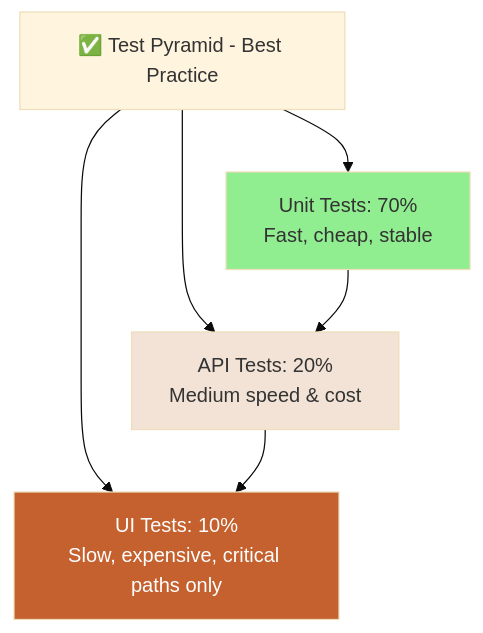
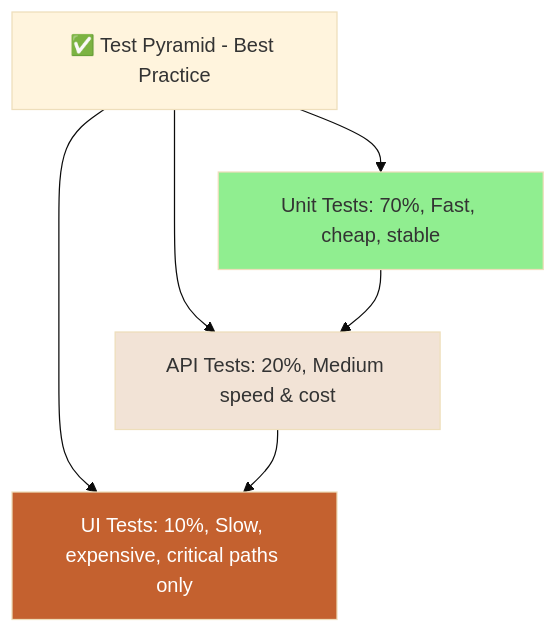
The eighth of 11 diagrams in 01-automation-testing-fundamentals.md (namnd0806/automation-testing-cource), drawn with Mermaid (base theme) before and after one commit. The commit also changed other lines of this file and 4 other files, not shown here.

First line of the commit message:
Fix: Sửa tất cả sơ đồ Mermaid lỗi format

````diff
--- a/01-automation-testing-fundamentals.md
+++ b/01-automation-testing-fundamentals.md
@@ -515,14 +515,14 @@
 ```mermaid
 graph TD
     A[✅ Test Pyramid - Best Practice]
     
-    A --> D[Unit Tests: 70%<br/>Fast, cheap, stable]
-    A --> C[API Tests: 20%<br/>Medium speed & cost]
-    A --> B[UI Tests: 10%<br/>Slow, expensive, critical paths only]
+    A --> D[Unit Tests: 70%, Fast, cheap, stable]
+    A --> C[API Tests: 20%, Medium speed & cost]
+    A --> B[UI Tests: 10%, Slow, expensive, critical paths only]
     
     D --> C --> B
     
     style D fill:#90EE90
     style C fill:#F2E3D6
     style B fill:#C4612F,color:#fff
 ```
````
